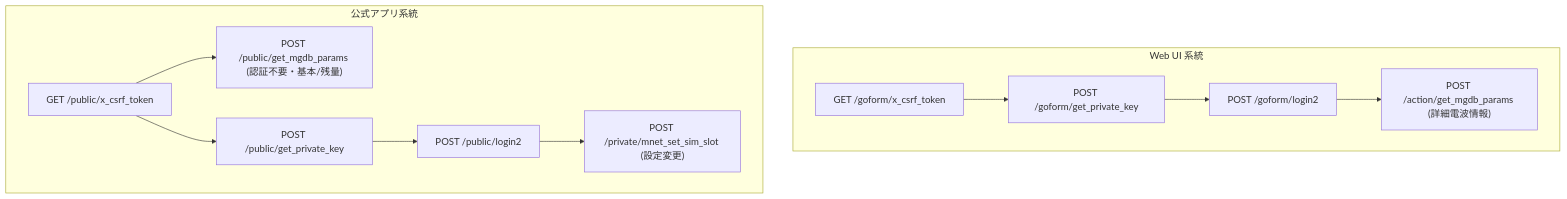
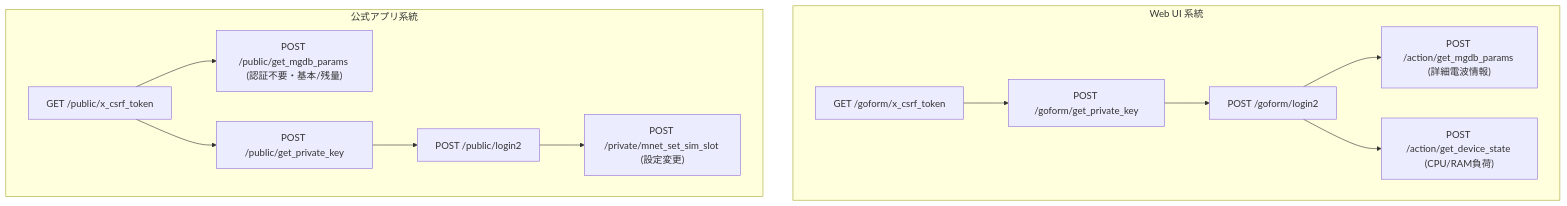
The diagram in FS050W_API_Specification.md (SyameimaruKoa/FS050W-Signal-Display), drawn with Mermaid before and after one commit. The commit also changed other lines of this file, not shown here.

````diff
--- a/FS050W_API_Specification.md
+++ b/FS050W_API_Specification.md
@@ -32,14 +32,15 @@
 ```mermaid
 graph TD
     subgraph Web_UI_Route ["Web UI 系統"]
         A1["GET /goform/x_csrf_token"] --> A2["POST /goform/get_private_key"]
         A2 --> A3["POST /goform/login2"]
         A3 --> A4["POST /action/get_mgdb_params (詳細電波情報)"]
+        A3 --> A5["POST /action/get_device_state (CPU/RAM負荷)"]
     end
     subgraph App_Route ["公式アプリ系統"]
         B1["GET /public/x_csrf_token"] --> B2["POST /public/get_mgdb_params (認証不要・基本/残量)"]
         B1 --> B3["POST /public/get_private_key"]
         B3 --> B4["POST /public/login2"]
         B4 --> B5["POST /private/mnet_set_sim_slot (設定変更)"]
     end
 ```
````
